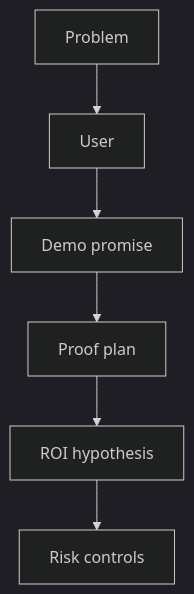
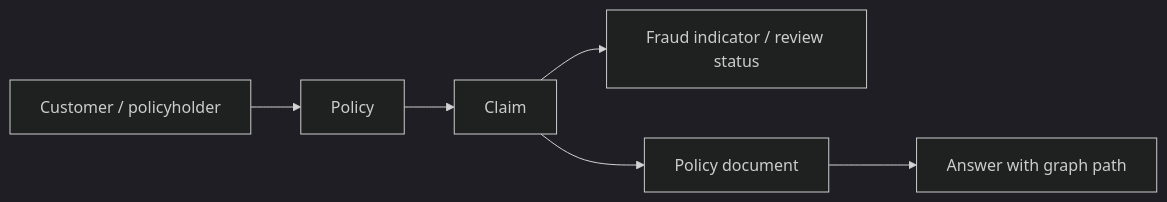
Before and after one commit to abhisheksaini333/datavalue-chain-revision-pack-daywise: the eighth of 12 diagrams in day4/end-of-day-revision-and-study-pack.md, drawn with Mermaid (dark theme). The commit also changed other lines of this file, not shown here.

````diff
--- a/day4/end-of-day-revision-and-study-pack.md
+++ b/day4/end-of-day-revision-and-study-pack.md
@@ -122,8 +356,8 @@
 ```mermaid
-flowchart TD
-    Problem[Problem] --> User[User]
-    User --> Demo[Demo promise]
-    Demo --> Proof[Proof plan]
-    Proof --> ROI[ROI hypothesis]
-    ROI --> Risk[Risk controls]
+flowchart LR
+    Customer[Customer / policyholder] --> Policy[Policy]
+    Policy --> Claim[Claim]
+    Claim --> Fraud[Fraud indicator / review status]
+    Claim --> Doc[Policy document]
+    Doc --> Answer[Answer with graph path]
 ```
````
